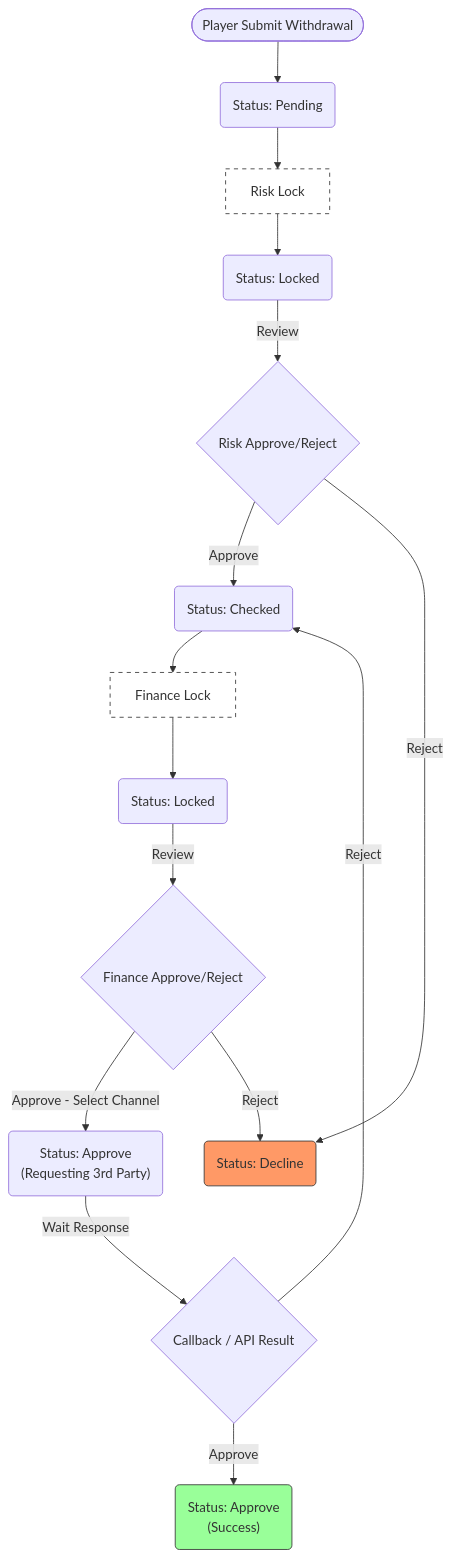
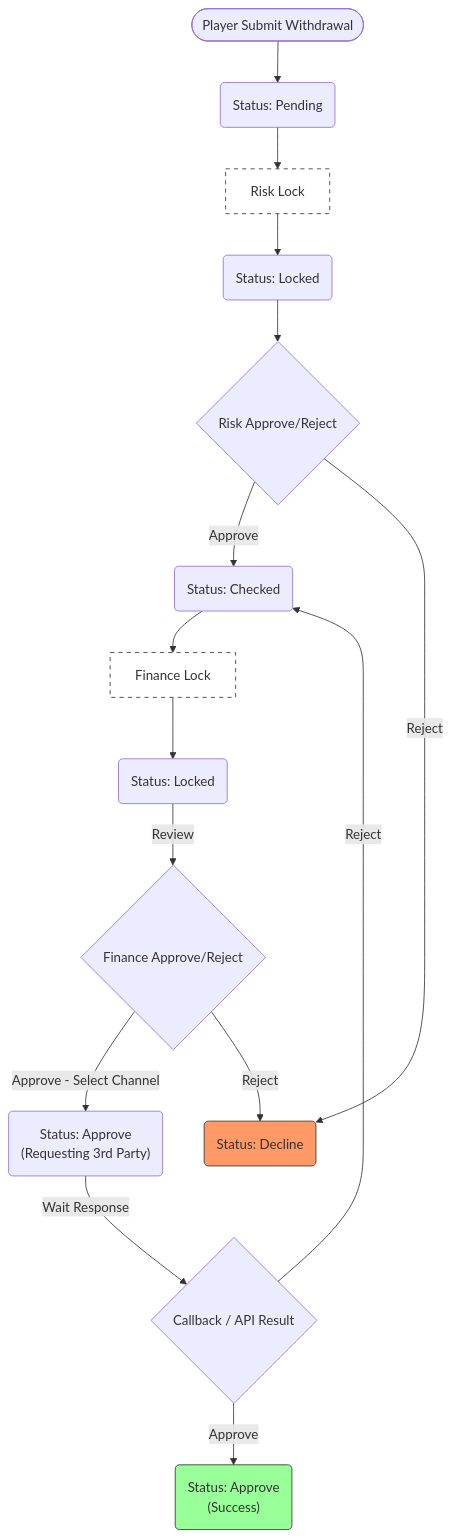
One commit to almightyken0425/SuSuGiGiSpec changed the first of 2 diagrams in no99_archive/sitflowchart.md. Above: the diagram before and after it, drawn with Mermaid. The commit also changed other lines of this file, not shown here.

````diff
--- a/no99_archive/sitflowchart.md
+++ b/no99_archive/sitflowchart.md
@@ -29,50 +29,50 @@
 ```mermaid
 graph TD
     %% 節點定義
     Start(["Player Submit Withdrawal"])
     Pending("Status: Pending")
     
     RiskLockActionBox["Risk Lock"]
     RiskLock("Status: Locked")
     
     RiskAction{"Risk Approve/Reject"}
     Checked("Status: Checked")
     
     FinanceLockActionBox["Finance Lock"]
     FinanceLock("Status: Locked")
     
     FinanceAction{"Finance Approve/Reject"}
     ApproveReq("Status: Approve<br/>(Requesting 3rd Party)")
     Decline("Status: Decline")
     Success("Status: Approve<br/>(Success)")
     Callback{"Callback / API Result"}
 
     Start --> Pending
     
     Pending --> RiskLockActionBox
     RiskLockActionBox --> RiskLock
     
-    RiskLock -->|"Review"| RiskAction
+    RiskLock --> RiskAction
     
     RiskAction -->|"Approve"| Checked
     
     Checked --> FinanceLockActionBox
     FinanceLockActionBox --> FinanceLock
     
     FinanceLock -->|"Review"| FinanceAction
     
     FinanceAction -->|"Approve - Select Channel"| ApproveReq
 
     RiskAction -->|"Reject"| Decline
     FinanceAction -->|"Reject"| Decline
     
     ApproveReq -->|"Wait Response"| Callback
 
     Callback -->|"Approve"| Success
     Callback -->|"Reject"| Checked
 
     style Decline fill:#f96,stroke:#333
     style Success fill:#9f9,stroke:#333
     style RiskLockActionBox fill:#fff,stroke:#333,stroke-dasharray: 5 5
     style FinanceLockActionBox fill:#fff,stroke:#333,stroke-dasharray: 5 5
 ```
````
